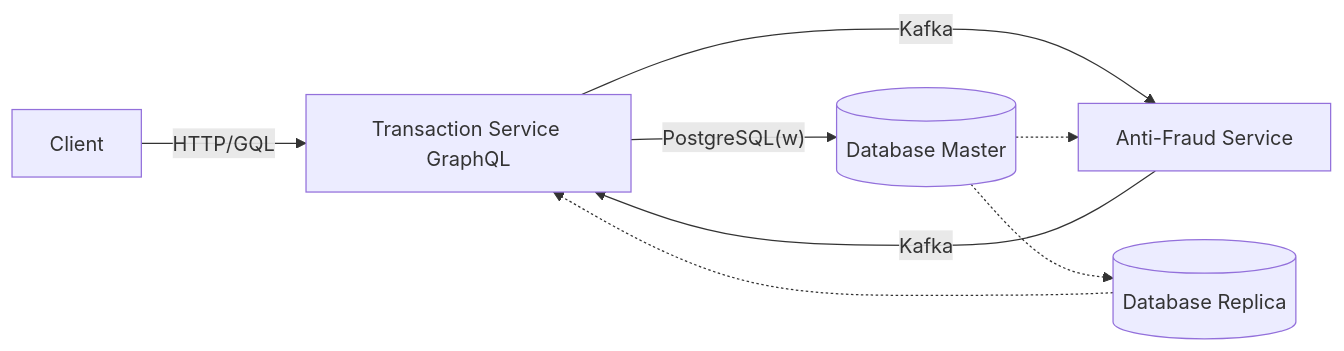
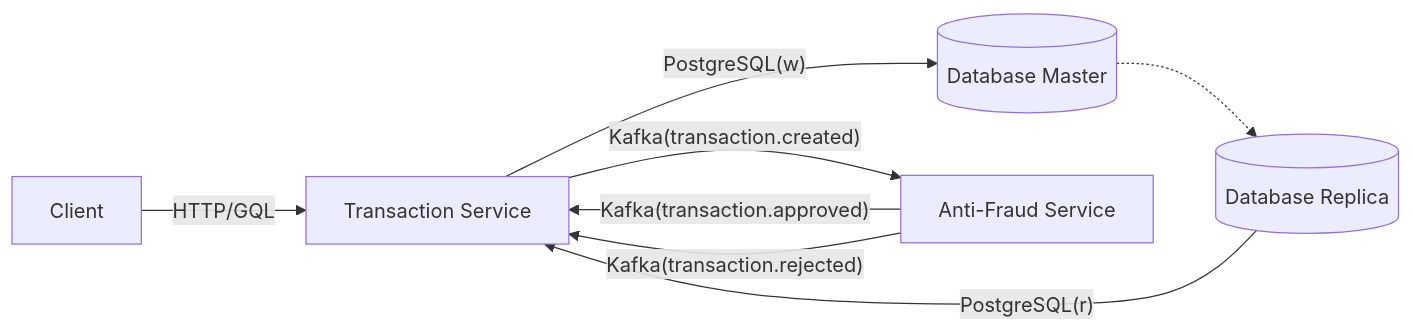
One commit to lanre97/app-nodejs-codechallenge changed the diagram in README.md. Above: the diagram before and after it, drawn with Mermaid.

Commit message:
chore: actualizar diagrama de arquitectura y README.md

````diff
--- a/README.md
+++ b/README.md
@@ -14,10 +14,10 @@
 ```mermaid
 graph LR
-  client[Client] -- HTTP/GQL --> ts[Transaction Service GraphQL]
-  ts -- Kafka --> afs[Anti-Fraud Service]
-  afs -- Kafka --> ts
+  client[Client] -- HTTP/GQL --> ts[Transaction Service]
   ts -- PostgreSQL(w) --> db[(Database Master)]
-  db -.-> afs
   db -.-> rdb[(Database Replica)]
-  rdb -.-> ts
+  rdb --PostgreSQL(r)--> ts
+  ts--Kafka(transaction.created)-->afs[Anti-Fraud Service]
+  afs -- Kafka(transaction.approved) --> ts
+  afs -- Kafka(transaction.rejected) --> ts
 ```
````
